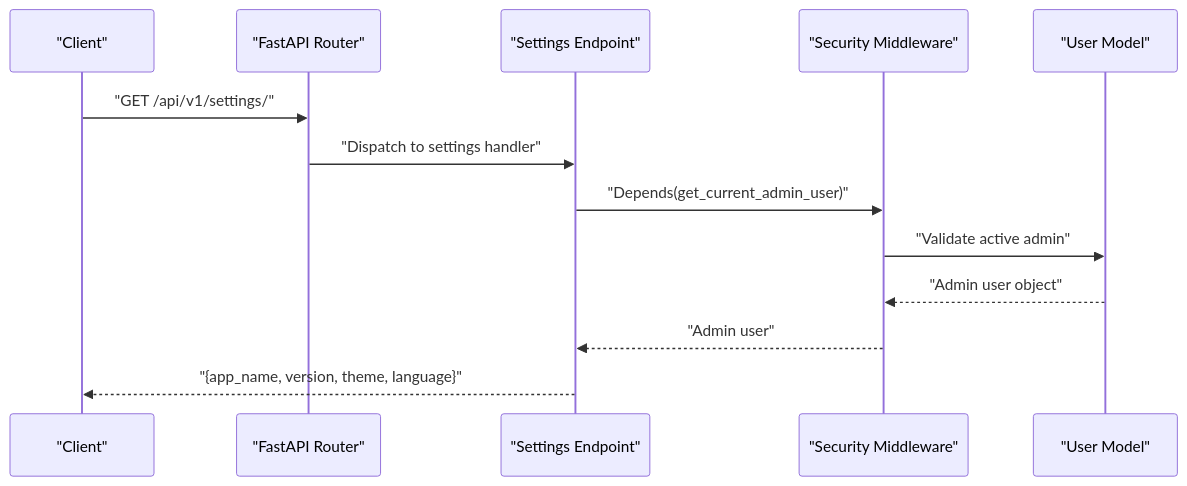
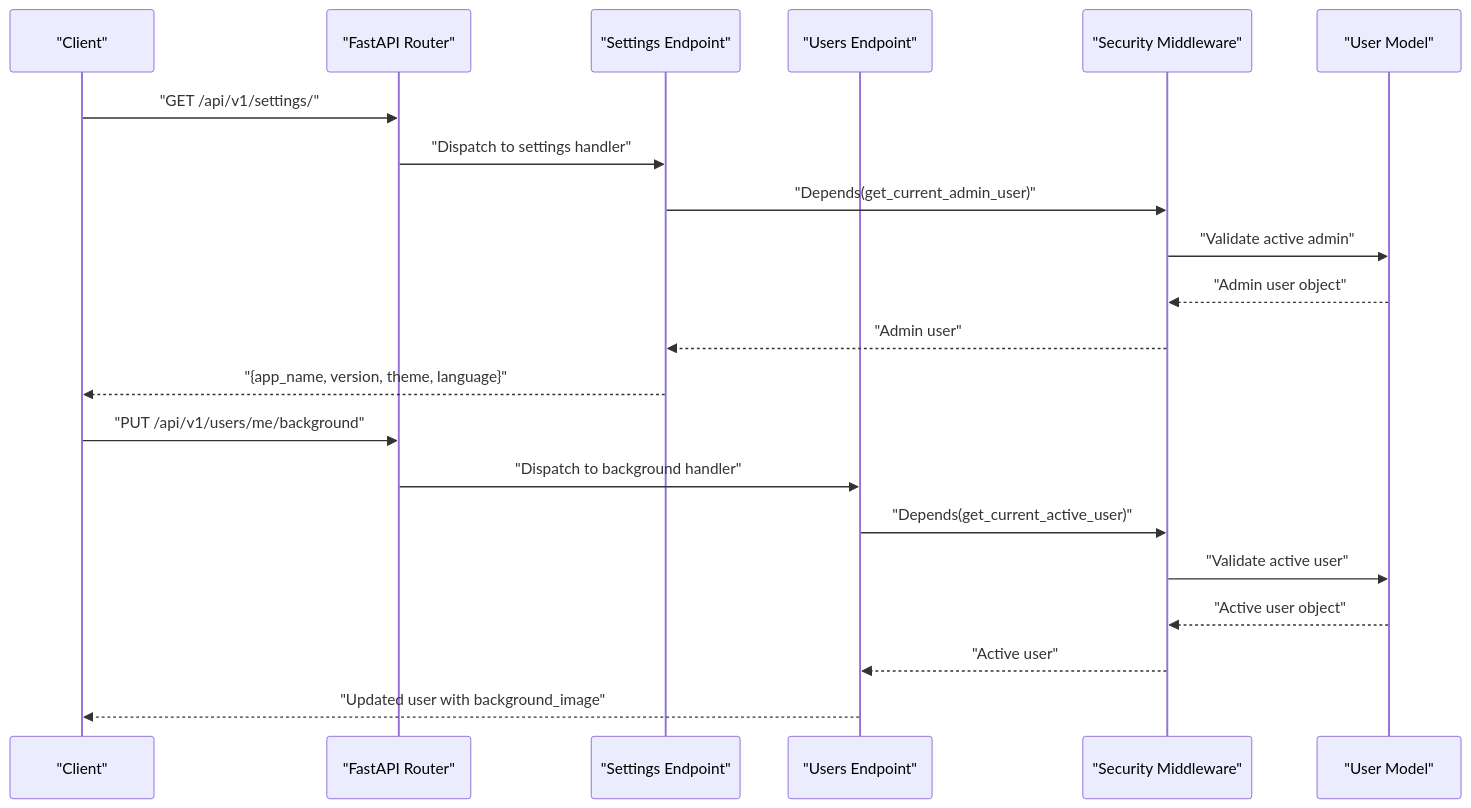
Before and after one commit to Nikita5543/New-SSO-02: the second of 4 diagrams in .qoder/repowiki/en/content/Core API Reference/Settings Endpoints.md, drawn with Mermaid. The commit also changed other lines of this file and 7 other files, not shown here.

````diff
--- a/.qoder/repowiki/en/content/Core API Reference/Settings Endpoints.md
+++ b/.qoder/repowiki/en/content/Core API Reference/Settings Endpoints.md
@@ -108,15 +129,23 @@
 ```mermaid
 sequenceDiagram
 participant C as "Client"
 participant R as "FastAPI Router"
-participant E as "Settings Endpoint"
+participant SE as "Settings Endpoint"
+participant UE as "Users Endpoint"
 participant S as "Security Middleware"
 participant U as "User Model"
 C->>R : "GET /api/v1/settings/"
-R->>E : "Dispatch to settings handler"
-E->>S : "Depends(get_current_admin_user)"
+R->>SE : "Dispatch to settings handler"
+SE->>S : "Depends(get_current_admin_user)"
 S->>U : "Validate active admin"
 U-->>S : "Admin user object"
-S-->>E : "Admin user"
-E-->>C : "{app_name, version, theme, language}"
+S-->>SE : "Admin user"
+SE-->>C : "{app_name, version, theme, language}"
+C->>R : "PUT /api/v1/users/me/background"
+R->>UE : "Dispatch to background handler"
+UE->>S : "Depends(get_current_active_user)"
+S->>U : "Validate active user"
+U-->>S : "Active user object"
+S-->>UE : "Active user"
+UE-->>C : "Updated user with background_image"
 ```
````
